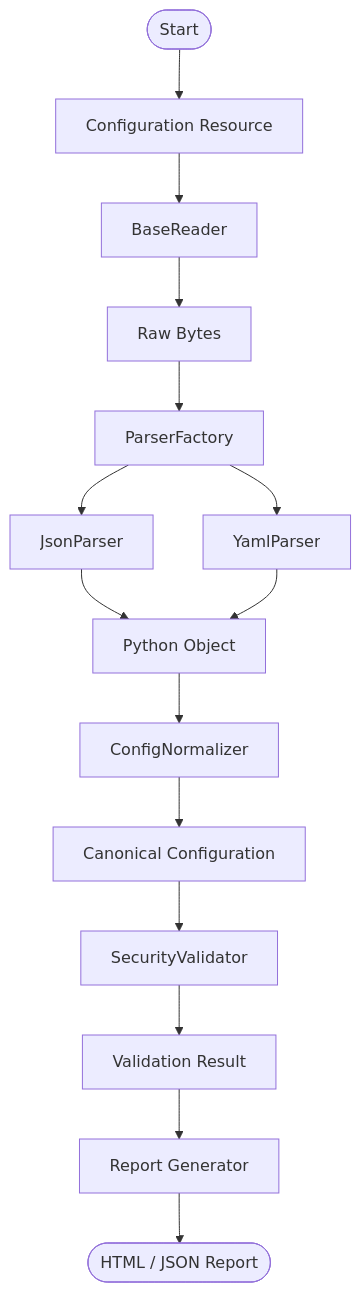
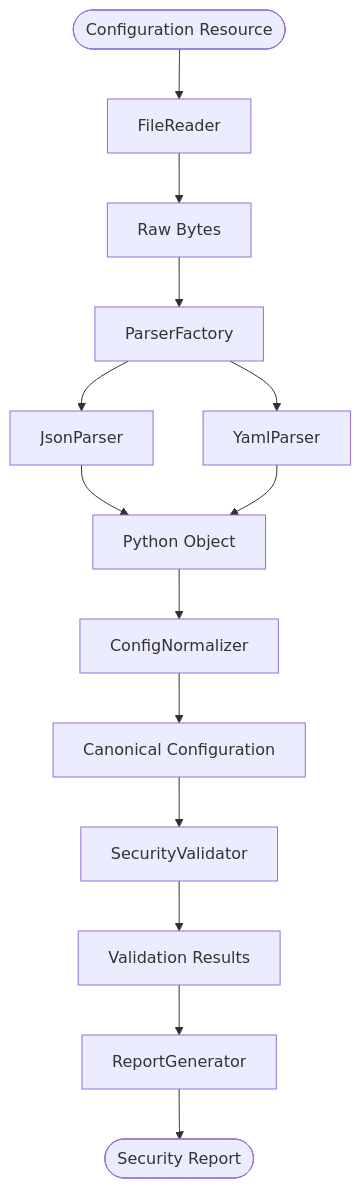
The second of 3 diagrams in docs/architecture.md (truongtranit/security-configuration-inspector), drawn with Mermaid before and after one commit. The commit also changed other lines of this file and 4 other files, not shown here.

````diff
--- a/docs/architecture.md
+++ b/docs/architecture.md
@@ -74,33 +243,17 @@
-``` mermaid
+```mermaid
 flowchart TD
-
-    Start([Start])
-
-    Start --> Resource["Configuration Resource"]
-
-    Resource --> Reader["BaseReader"]
-
+    Start([Configuration Resource])
+    Start --> Reader["FileReader"]
     Reader --> Bytes["Raw Bytes"]
-
-    Bytes --> ParserFactory
-
-    ParserFactory --> JSON["JsonParser"]
-
-    ParserFactory --> YAML["YamlParser"]
-
+    Bytes --> Factory["ParserFactory"]
+    Factory --> JSON["JsonParser"]
+    Factory --> YAML["YamlParser"]
     JSON --> Object["Python Object"]
-
     YAML --> Object
-
     Object --> Normalizer["ConfigNormalizer"]
-
     Normalizer --> Canonical["Canonical Configuration"]
-
     Canonical --> Validator["SecurityValidator"]
-
-    Validator --> Result["Validation Result"]
-
-    Result --> Reporter["Report Generator"]
-
-    Reporter --> End([HTML / JSON Report])
+    Validator --> Findings["Validation Results"]
+    Findings --> Reporter["ReportGenerator"]
+    Reporter --> End([Security Report])
 ```
````
